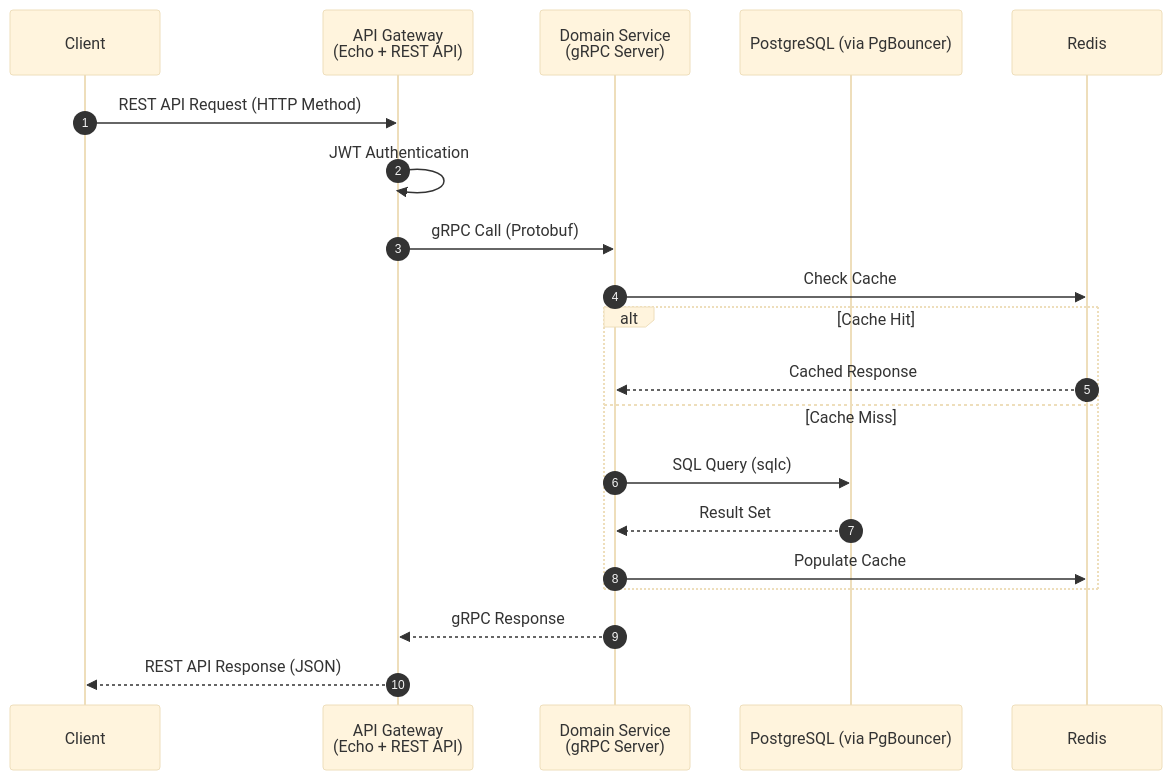
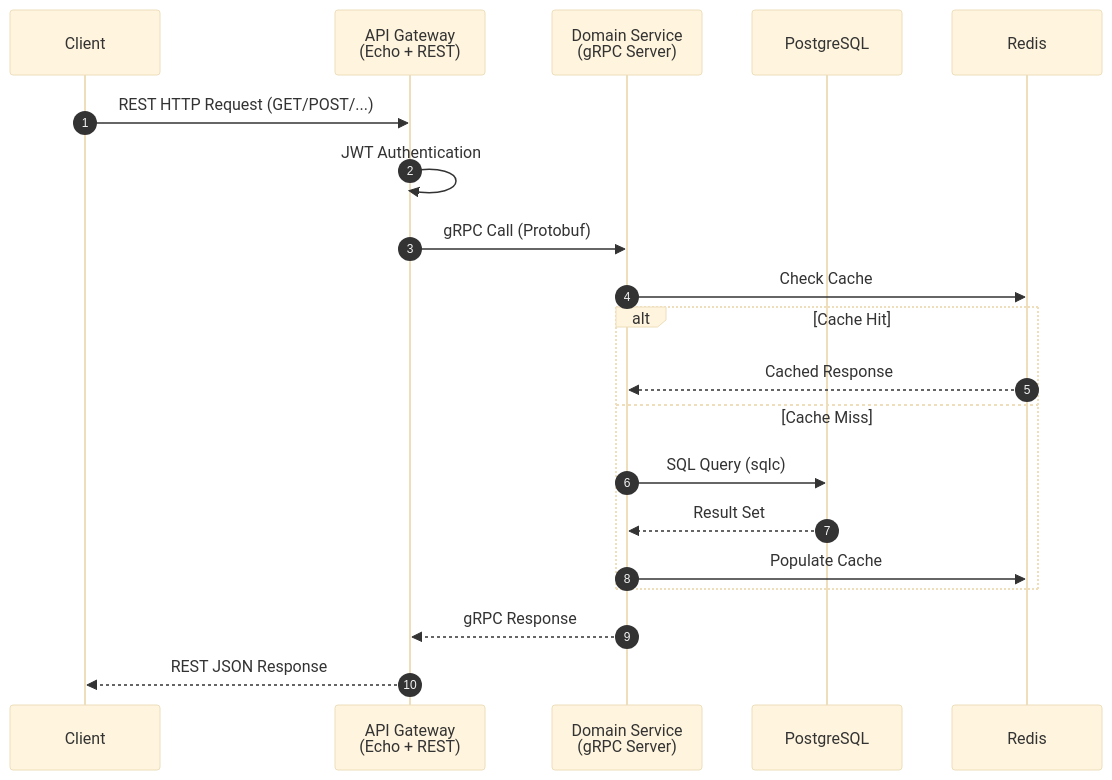
One commit to MamangRust/monolith-pointofsale-grpc changed the fourth of 8 diagrams in README.md. Above: the diagram before and after it, drawn with Mermaid (base theme). The commit also changed other lines of this file and 1046 other files, not shown here.

Commit message:
refactor: reorganize service architectures, update Kubernetes deployments, and optimize shared utility structures.

````diff
--- a/README.md
+++ b/README.md
@@ -262,23 +255,23 @@
 ```mermaid
 sequenceDiagram
     autonumber
     participant C as Client
-    participant GW as API Gateway<br/>(Echo + REST API)
+    participant GW as API Gateway<br/>(Echo + REST)
     participant SVC as Domain Service<br/>(gRPC Server)
-    participant DB as PostgreSQL (via PgBouncer)
+    participant DB as PostgreSQL
     participant CACHE as Redis
 
-    C->>GW: REST API Request (HTTP Method)
+    C->>GW: REST HTTP Request (GET/POST/...)
     GW->>GW: JWT Authentication
     GW->>SVC: gRPC Call (Protobuf)
     SVC->>CACHE: Check Cache
     alt Cache Hit
         CACHE-->>SVC: Cached Response
     else Cache Miss
         SVC->>DB: SQL Query (sqlc)
         DB-->>SVC: Result Set
         SVC->>CACHE: Populate Cache
     end
     SVC-->>GW: gRPC Response
-    GW-->>C: REST API Response (JSON)
+    GW-->>C: REST JSON Response
 ```
````
